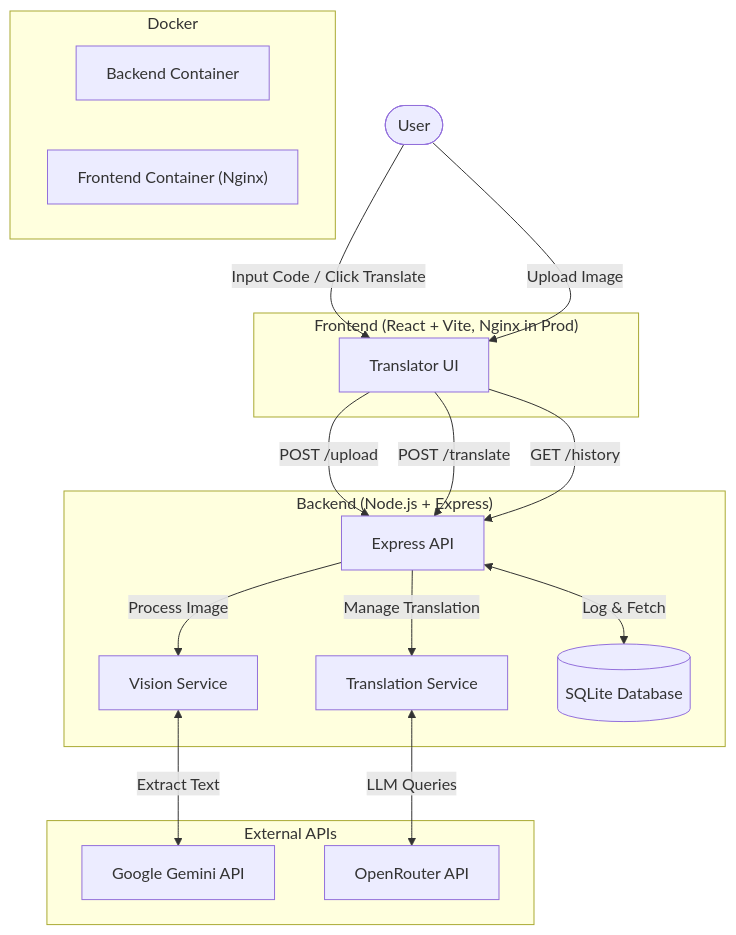
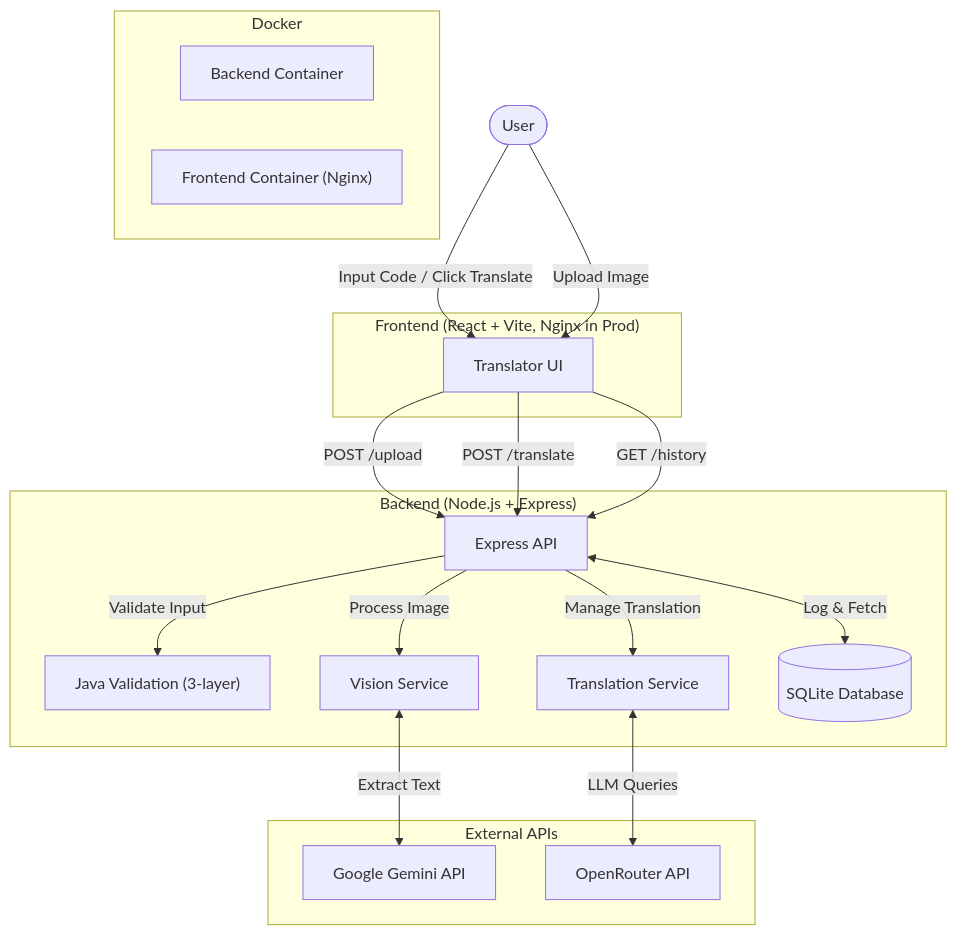
The diagram in docs/architecture.md (sudo-Harshk/Codemorpher), drawn with Mermaid before and after one commit. The commit also changed other lines of this file and 8 other files, not shown here.

Commit message:
modified:   README.md 	modified:   backend/Dockerfile 	modified:   backend/package-lock.json 	modified:   backend/package.json 	modified:   backend/server.js 	new file:   backend/validation/javaValidator.js 	modified:   docs/api.md 	modified:   docs/architecture.md 	modified:   docs/setup.md

````diff
--- a/docs/architecture.md
+++ b/docs/architecture.md
@@ -9,40 +9,42 @@
 ```mermaid
 graph TD
     User([User])
     
     subgraph Frontend ["Frontend (React + Vite, Nginx in Prod)"]
         UI["Translator UI"]
     end
     
     subgraph Backend ["Backend (Node.js + Express)"]
         API["Express API"]
+        Validation["Java Validation (3-layer)"]
         Vision["Vision Service"]
         Translators["Translation Service"]
         DB[("SQLite Database")]
     end
     
     subgraph Containerization ["Docker"]
         DockerBackend["Backend Container"]
         DockerFrontend["Frontend Container (Nginx)"]
     end
     
     subgraph External ["External APIs"]
         Gemini["Google Gemini API"]
         OpenRouter["OpenRouter API"]
     end
     
     User -->|"Input Code / Click Translate"| UI
     User -->|"Upload Image"| UI
     
     UI -->|"POST /upload"| API
     UI -->|"POST /translate"| API
     UI -->|"GET /history"| API
     
+    API -->|"Validate Input"| Validation
     API -->|"Process Image"| Vision
     API -->|"Manage Translation"| Translators
     
     Vision <-->|"Extract Text"| Gemini
     Translators <-->|"LLM Queries"| OpenRouter
     
     API <-->|"Log & Fetch"| DB
 ```
````
